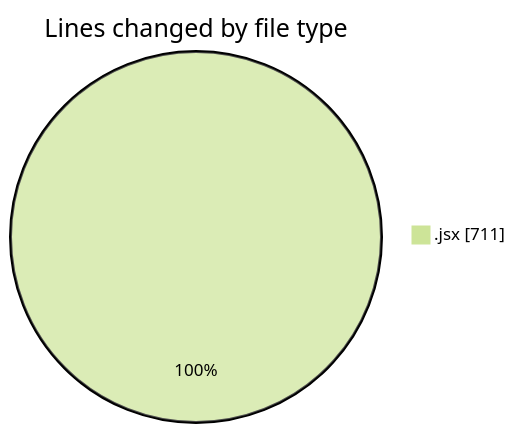
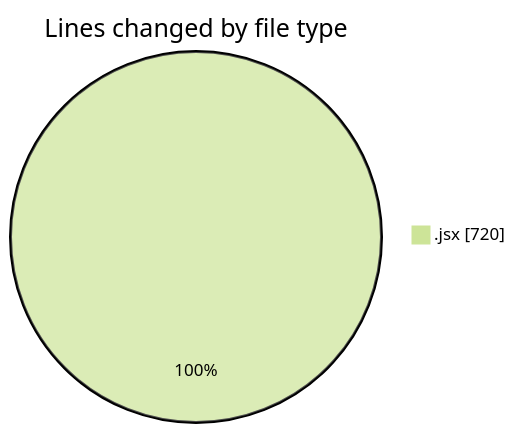
The first of 2 diagrams in 2025-02-24/elitesgpt/README.md (Elitesun/code-tracking), drawn with Mermaid (forest theme) before and after one commit. The commit also changed other lines of this file and 1 other file, not shown here.

````diff
--- a/2025-02-24/elitesgpt/README.md
+++ b/2025-02-24/elitesgpt/README.md
@@ -22,5 +22,5 @@
 ```mermaid
 pie showData
 title Lines changed by file type
-".jsx" : 711
+".jsx" : 720
 ```
````
